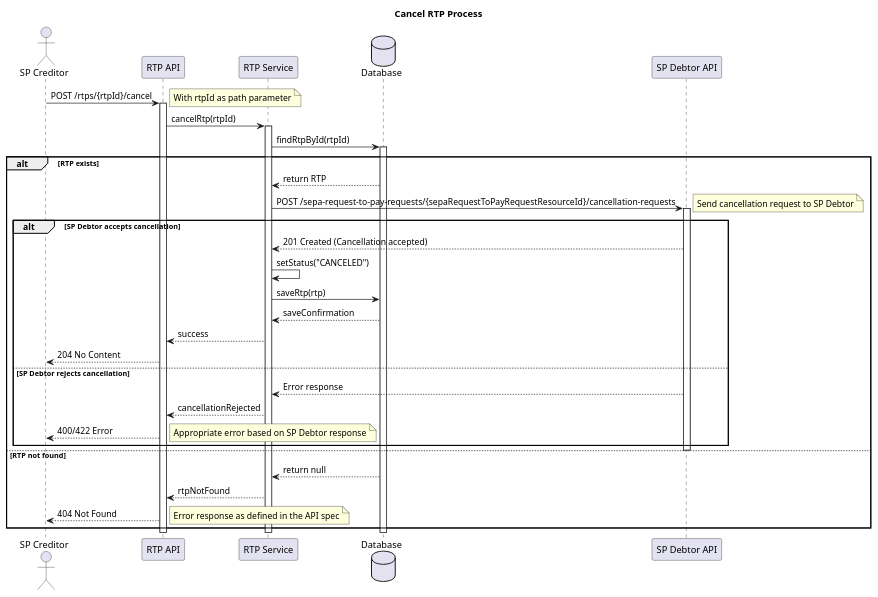
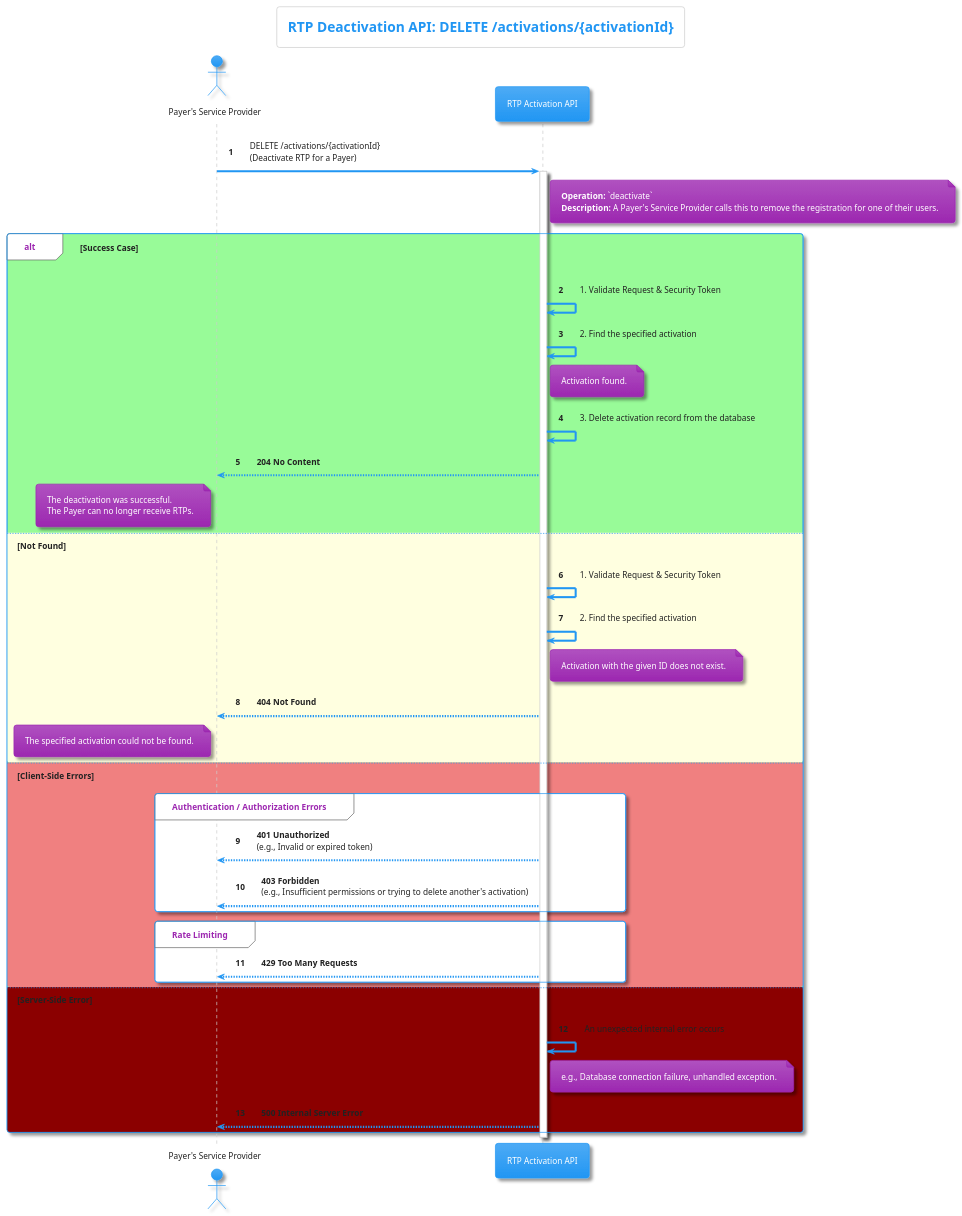
One commit to pagopa/rtp-docs changed the diagram in diagrams/cancel.puml. Above: the diagram before and after it, drawn with PlantUML. The commit also changed other lines of this file, not shown here.

Commit message:
[SRTP-797]: Update cancel plum.

```diff
--- a/diagrams/cancel.puml
+++ b/diagrams/cancel.puml
@@ -1,56 +1,68 @@
 @startuml
-title Cancel RTP Process
+' PlantUML Diagram for RTP Deactivation API
+' Title: RTP Deactivation Sequence Diagram
+' Version: 1.0.0
+' Description: This diagram shows the process for a Payer's Service Provider
+'              to deactivate the RTP service for an end-user.
 
-actor "SP Creditor" as Creditor
-participant "RTP API" as API
-participant "RTP Service" as Service
-database Database as DB
-participant "SP Debtor API" as SPDAPI
+!theme materia
 
-Creditor -> API: POST /rtps/{rtpId}/cancel
-note right: With rtpId as path parameter
+title RTP Deactivation API: DELETE /activations/{activationId}
 
+actor "Payer's Service Provider" as PSP
+participant "RTP Activation API" as API
+
+autonumber
+
+PSP -> API: DELETE /activations/{activationId}\n(Deactivate RTP for a Payer)
 activate API
 
-API -> Service: cancelRtp(rtpId)
-activate Service
+note right of API
+  **Operation:** `deactivate`
+  **Description:** A Payer's Service Provider calls this to remove the registration for one of their users.
+end note
 
-Service -> DB: findRtpById(rtpId)
-activate DB
+alt #palegreen Success Case
 
-alt RTP exists
-    DB --> Service: return RTP
-    
-    Service -> SPDAPI: POST /sepa-request-to-pay-requests/{sepaRequestToPayRequestResourceId}/cancellation-requests
-    note right: Send cancellation request to SP Debtor
-    activate SPDAPI
-    
-    alt SP Debtor accepts cancellation
-        SPDAPI --> Service: 201 Created (Cancellation accepted)
-        
-        Service -> Service: setStatus("CANCELED")
-        Service -> DB: saveRtp(rtp)
-        DB --> Service: saveConfirmation
-        Service --> API: success
-        API --> Creditor: 204 No Content
-    else SP Debtor rejects cancellation
-        SPDAPI --> Service: Error response
-        Service --> API: cancellationRejected
-        API --> Creditor: 400/422 Error
-        note right: Appropriate error based on SP Debtor response
-    end
-    
-    deactivate SPDAPI
-    
-else RTP not found
-    DB --> Service: return null
-    Service --> API: rtpNotFound
-    API --> Creditor: 404 Not Found
-    note right: Error response as defined in the API spec
+    API -> API: 1. Validate Request & Security Token
+    API -> API: 2. Find the specified activation
+    note right of API: Activation found.
+    API -> API: 3. Delete activation record from the database
+    API --> PSP: **204 No Content**
+    note left of PSP
+        The deactivation was successful.
+        The Payer can no longer receive RTPs.
+    end note
+
+else #lightyellow Not Found
+
+    API -> API: 1. Validate Request & Security Token
+    API -> API: 2. Find the specified activation
+    note right of API: Activation with the given ID does not exist.
+    API --> PSP: **404 Not Found**
+    note left of PSP
+        The specified activation could not be found.
+    end note
+
+else #lightcoral Client-Side Errors
+
+    group Authentication / Authorization Errors
+        API --> PSP: **401 Unauthorized**\n(e.g., Invalid or expired token)
+        API --> PSP: **403 Forbidden**\n(e.g., Insufficient permissions or trying to delete another's activation)
+    end group
+
+    group Rate Limiting
+        API --> PSP: **429 Too Many Requests**
+    end group
+
+else #darkred Server-Side Error
+
+    API -> API: An unexpected internal error occurs
+    note right of API: e.g., Database connection failure, unhandled exception.
+    API --> PSP: **500 Internal Server Error**
+
 end
 
-deactivate DB
-deactivate Service
 deactivate API
 
 @enduml
```
